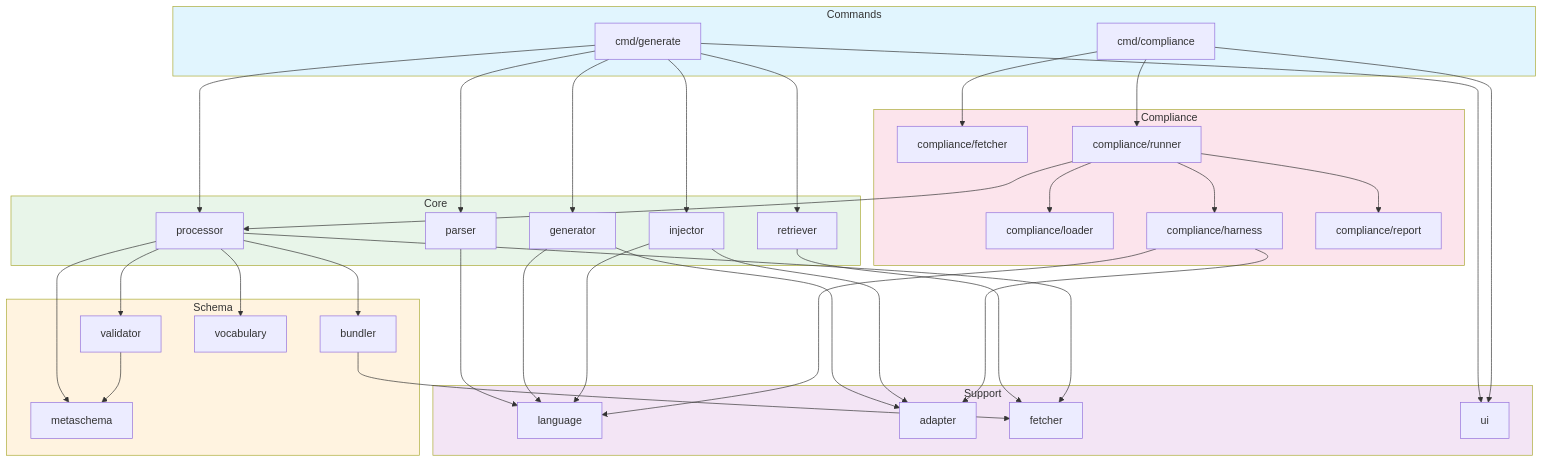
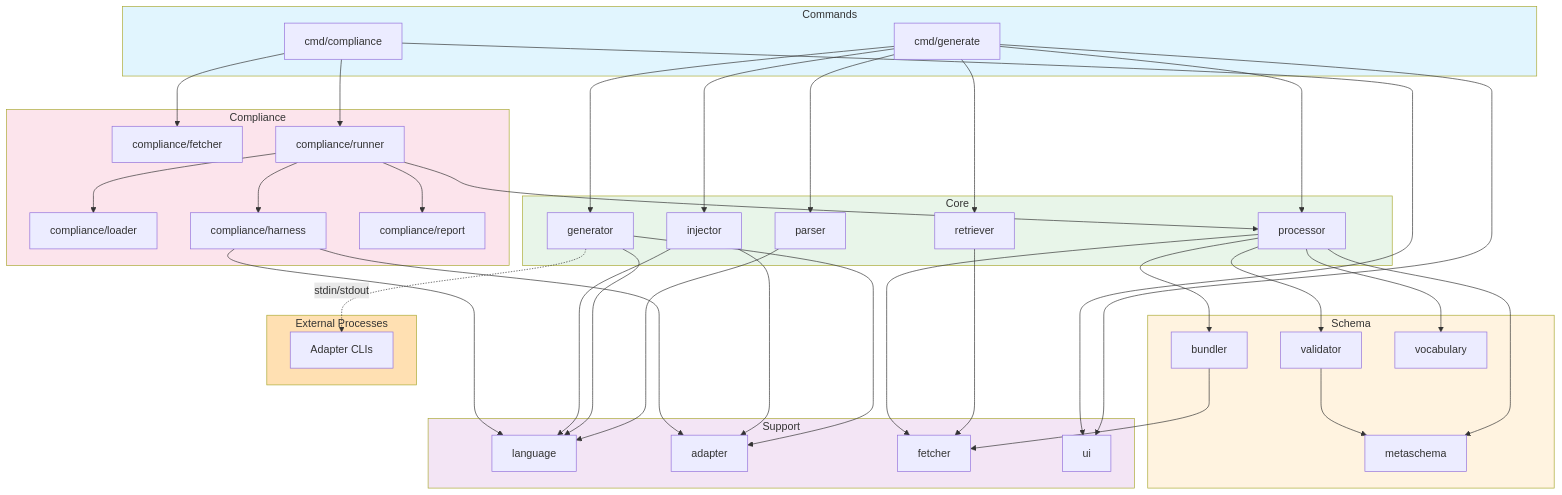
One commit to xschemadev/xschema changed the eighth of 8 diagrams in docs/cli-current-flow.md. Above: the diagram before and after it, drawn with Mermaid. The commit also changed 86 other files, not shown here.

````diff
--- a/docs/cli-current-flow.md
+++ b/docs/cli-current-flow.md
@@ -469,76 +469,82 @@
 ```mermaid
 graph TD
     subgraph Commands
         CMD_GEN[cmd/generate]
         CMD_COMP[cmd/compliance]
     end
 
     subgraph Core
         PARSER[parser]
         RETRIEVER[retriever]
         PROCESSOR[processor]
         GENERATOR[generator]
         INJECTOR[injector]
     end
 
     subgraph Schema
         BUNDLER[bundler]
         VALIDATOR[validator]
         METASCHEMA[metaschema]
         VOCABULARY[vocabulary]
     end
 
     subgraph Support
         LANGUAGE[language]
         ADAPTER[adapter]
         FETCHER[fetcher]
         UI[ui]
+    end
+
+    subgraph External["External Processes"]
+        ADAPTER_CLI[Adapter CLIs]
     end
 
     subgraph Compliance
         COMP_FETCH[compliance/fetcher]
         COMP_LOADER[compliance/loader]
         COMP_HARNESS[compliance/harness]
         COMP_RUNNER[compliance/runner]
         COMP_REPORT[compliance/report]
     end
 
     CMD_GEN --> PARSER
     CMD_GEN --> RETRIEVER
     CMD_GEN --> PROCESSOR
     CMD_GEN --> GENERATOR
     CMD_GEN --> INJECTOR
     CMD_GEN --> UI
 
     CMD_COMP --> COMP_FETCH
     CMD_COMP --> COMP_RUNNER
     CMD_COMP --> UI
 
     PARSER --> LANGUAGE
     RETRIEVER --> FETCHER
     PROCESSOR --> BUNDLER
     PROCESSOR --> VALIDATOR
     PROCESSOR --> METASCHEMA
     PROCESSOR --> VOCABULARY
     PROCESSOR --> FETCHER
     GENERATOR --> LANGUAGE
     GENERATOR --> ADAPTER
+    GENERATOR -.->|stdin/stdout| ADAPTER_CLI
     INJECTOR --> LANGUAGE
     INJECTOR --> ADAPTER
 
     BUNDLER --> FETCHER
     VALIDATOR --> METASCHEMA
 
     COMP_RUNNER --> COMP_LOADER
     COMP_RUNNER --> COMP_HARNESS
     COMP_RUNNER --> COMP_REPORT
     COMP_RUNNER --> PROCESSOR
     COMP_HARNESS --> ADAPTER
     COMP_HARNESS --> LANGUAGE
 
     style Commands fill:#e1f5fe
     style Core fill:#e8f5e9
     style Schema fill:#fff3e0
     style Support fill:#f3e5f5
     style Compliance fill:#fce4ec
+    style External fill:#ffe0b2
 ```
````
